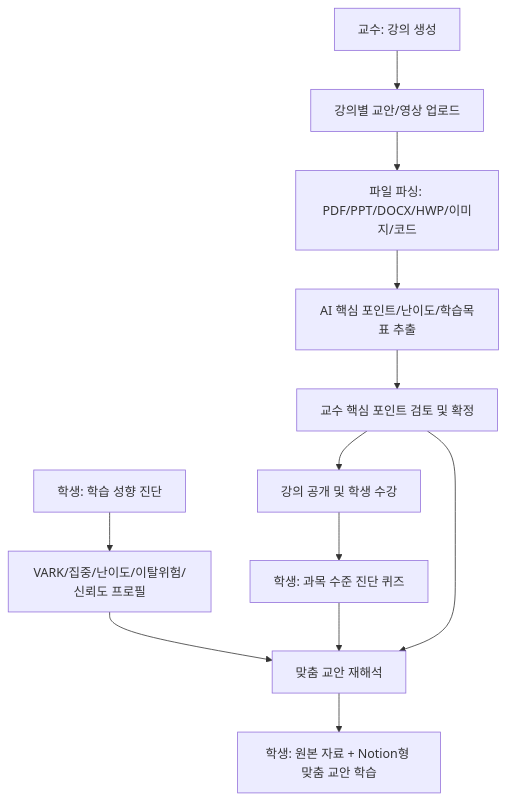
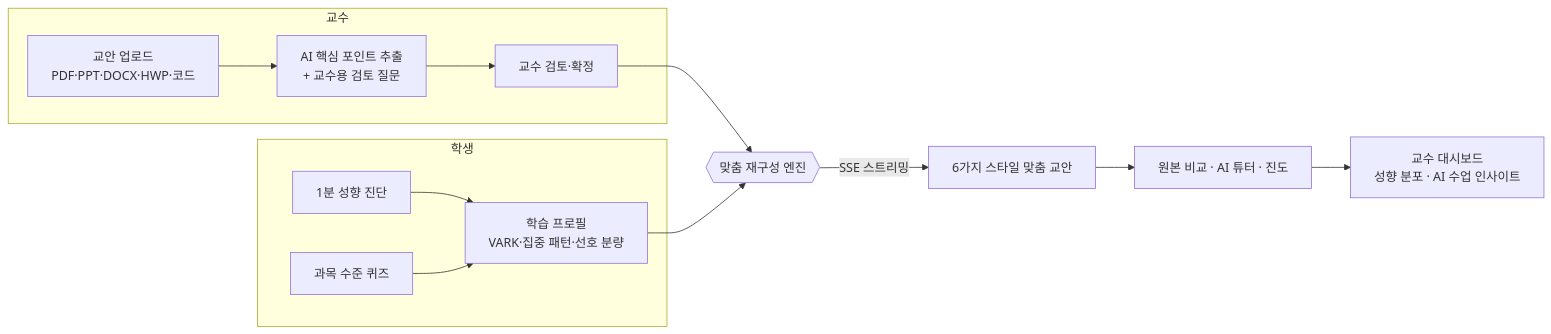
Before and after one commit to lshee9008/FitLearn: the first of 2 diagrams in README.md, drawn with Mermaid. The commit also changed other lines of this file and 15 other files, not shown here.

````diff
--- a/README.md
+++ b/README.md
@@ -77,15 +134,16 @@
 ```mermaid
-flowchart TB
-    A["교수: 강의 생성"] --> B["강의별 교안/영상 업로드"]
-    B --> C["파일 파싱: PDF/PPT/DOCX/HWP/이미지/코드"]
-    C --> D["AI 핵심 포인트/난이도/학습목표 추출"]
-    D --> E["교수 핵심 포인트 검토 및 확정"]
-    E --> F["강의 공개 및 학생 수강"]
-
-    G["학생: 학습 성향 진단"] --> H["VARK/집중/난이도/이탈위험/신뢰도 프로필"]
-    F --> I["학생: 과목 수준 진단 퀴즈"]
-    H --> J["맞춤 교안 재해석"]
-    I --> J
-    E --> J
-    J --> K["학생: 원본 자료 + Notion형 맞춤 교안 학습"]
+flowchart LR
+    subgraph 교수
+      A[교안 업로드<br/>PDF·PPT·DOCX·HWP·코드] --> B[AI 핵심 포인트 추출<br/>+ 교수용 검토 질문]
+      B --> C[교수 검토·확정]
+    end
+    subgraph 학생
+      D[1분 성향 진단] --> E[학습 프로필<br/>VARK·집중 패턴·선호 분량]
+      F[과목 수준 퀴즈] --> E
+    end
+    C --> G{{맞춤 재구성 엔진}}
+    E --> G
+    G -->|SSE 스트리밍| H[6가지 스타일 맞춤 교안]
+    H --> I[원본 비교 · AI 튜터 · 진도]
+    I --> J[교수 대시보드<br/>성향 분포 · AI 수업 인사이트]
 ```
````
